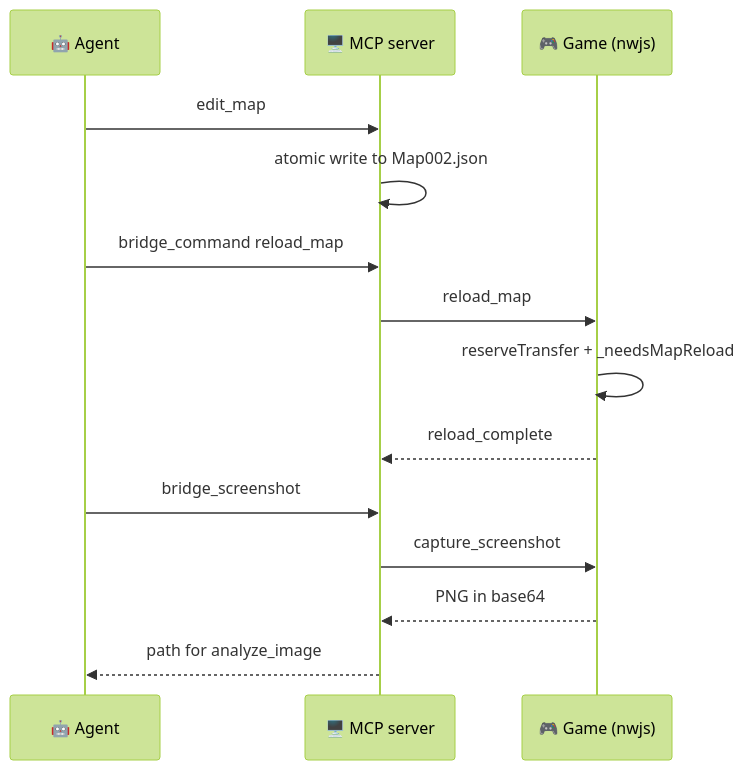
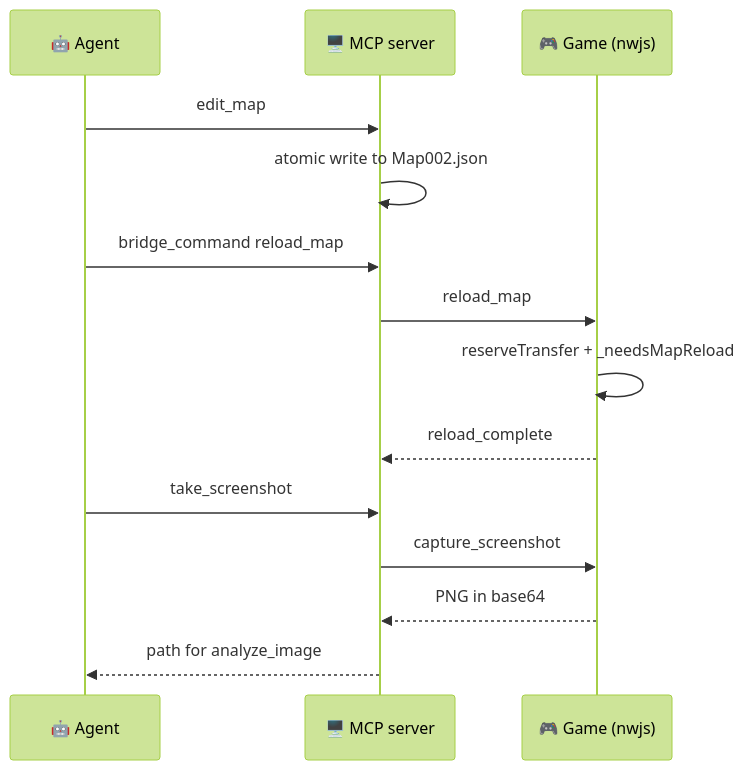
One commit to DiegoLopez0208/RpgMakerMVUltimate-MCP changed the second of 2 diagrams in README.md. Above: the diagram before and after it, drawn with Mermaid (forest theme). The commit also changed other lines of this file and 8 other files, not shown here.

````diff
--- a/README.md
+++ b/README.md
@@ -152,16 +152,16 @@
 ```mermaid
 sequenceDiagram
     participant A as 🤖 Agent
     participant S as 🖥️ MCP server
     participant G as 🎮 Game (nwjs)
     A->>S: edit_map
     S->>S: atomic write to Map002.json
     A->>S: bridge_command reload_map
     S->>G: reload_map
     G->>G: reserveTransfer + _needsMapReload
     G-->>S: reload_complete
-    A->>S: bridge_screenshot
+    A->>S: take_screenshot
     S->>G: capture_screenshot
     G-->>S: PNG in base64
     S-->>A: path for analyze_image
 ```
````
